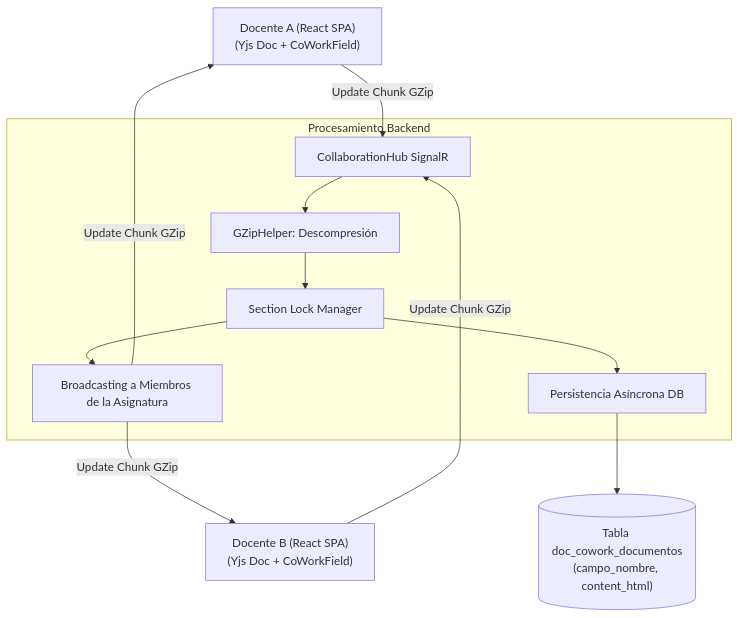
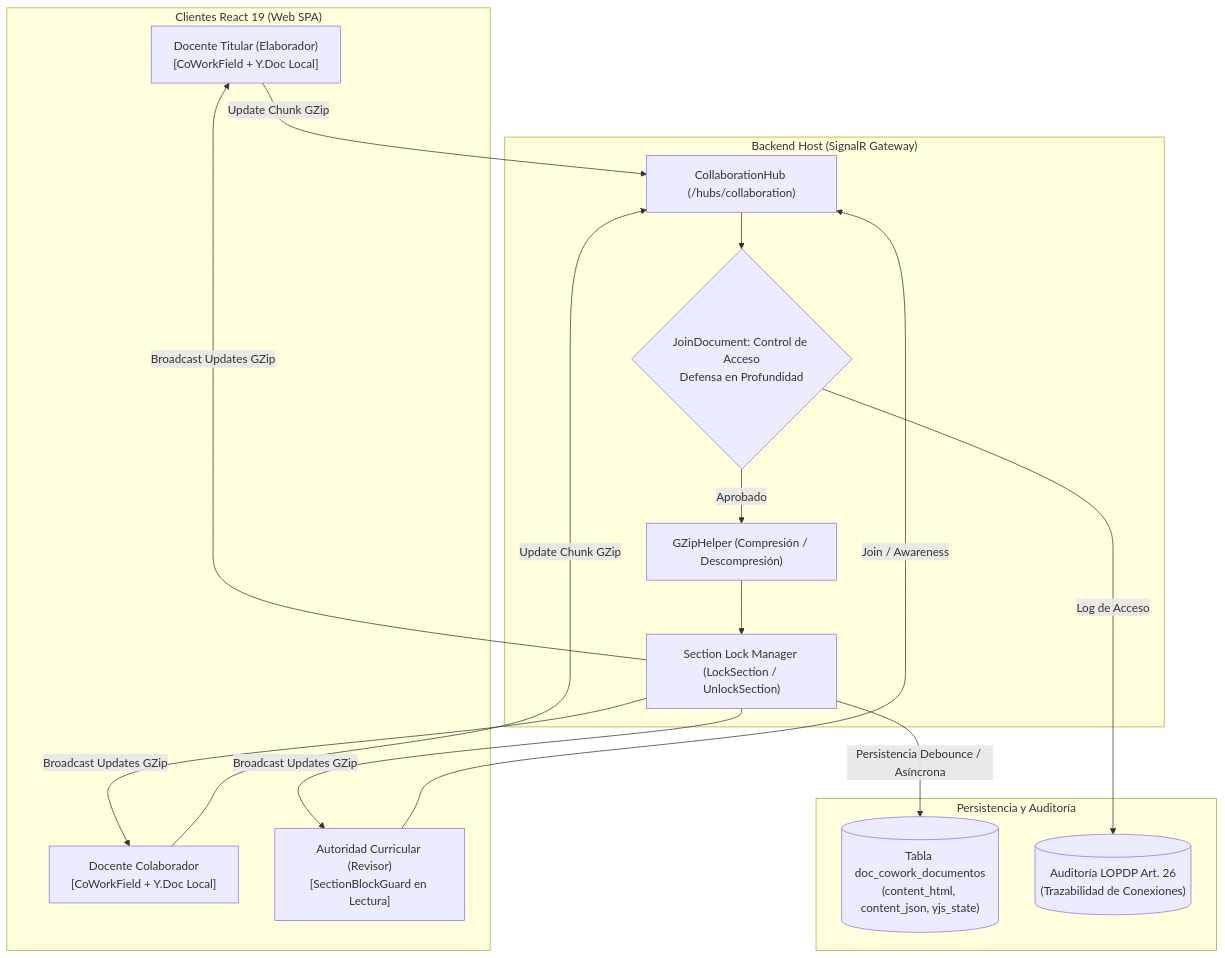
One commit to JorgeDoicela/dosier changed the diagram in docs/documentacion/03-motores-especializados/02-motor-colaborativo-cowork.md. Above: the diagram before and after it, drawn with Mermaid. The commit also changed other lines of this file and 35 other files, not shown here.

````diff
--- a/docs/documentacion/03-motores-especializados/02-motor-colaborativo-cowork.md
+++ b/docs/documentacion/03-motores-especializados/02-motor-colaborativo-cowork.md
@@ -13,17 +17,35 @@
 ```mermaid
-graph TD
-    ClientA["Docente A (React SPA)\n(Yjs Doc + CoWorkField)"] -->|Update Chunk GZip| Hub[CollaborationHub SignalR]
-    ClientB["Docente B (React SPA)\n(Yjs Doc + CoWorkField)"] -->|Update Chunk GZip| Hub
-
-    subgraph BackendProcess [Procesamiento Backend]
-        Hub --> GZip[GZipHelper: Descompresión]
-        GZip --> LockManager[Section Lock Manager]
-        LockManager --> Broadcast[Broadcasting a Miembros de la Asignatura]
-        LockManager --> Persistence[Persistencia Asíncrona DB]
+flowchart TD
+    subgraph ClientesWeb["Clientes React 19 (Web SPA)"]
+        ClientA["Docente Titular (Elaborador)\n[CoWorkField + Y.Doc Local]"]
+        ClientB["Docente Colaborador\n[CoWorkField + Y.Doc Local]"]
+        ClientC["Autoridad Curricular (Revisor)\n[SectionBlockGuard en Lectura]"]
     end
 
-    Broadcast -->|Update Chunk GZip| ClientA
-    Broadcast -->|Update Chunk GZip| ClientB
+    subgraph HubBackend["Backend Host (SignalR Gateway)"]
+        Hub["CollaborationHub (/hubs/collaboration)"]
+        GZip["GZipHelper (Compresión / Descompresión)"]
+        AuthCheck{"JoinDocument: Control de Acceso\nDefensa en Profundidad"}
+        LockMgr["Section Lock Manager (LockSection / UnlockSection)"]
+    end
 
-    Persistence --> DB[("Tabla doc_cowork_documentos\n(campo_nombre, content_html)")]
+    subgraph Persistencia["Persistencia y Auditoría"]
+        DBCowork[("Tabla doc_cowork_documentos\n(content_html, content_json, yjs_state)")]
+        AuditTrail[("Auditoría LOPDP Art. 26\n(Trazabilidad de Conexiones)")]
+    end
+
+    ClientA -->|Update Chunk GZip| Hub
+    ClientB -->|Update Chunk GZip| Hub
+    ClientC -->|Join / Awareness| Hub
+
+    Hub --> AuthCheck
+    AuthCheck -->|Aprobado| GZip
+    GZip --> LockMgr
+
+    LockMgr -->|Broadcast Updates GZip| ClientA
+    LockMgr -->|Broadcast Updates GZip| ClientB
+    LockMgr -->|Broadcast Updates GZip| ClientC
+
+    LockMgr -->|Persistencia Debounce / Asíncrona| DBCowork
+    AuthCheck -->|Log de Acceso| AuditTrail
 ```
````
